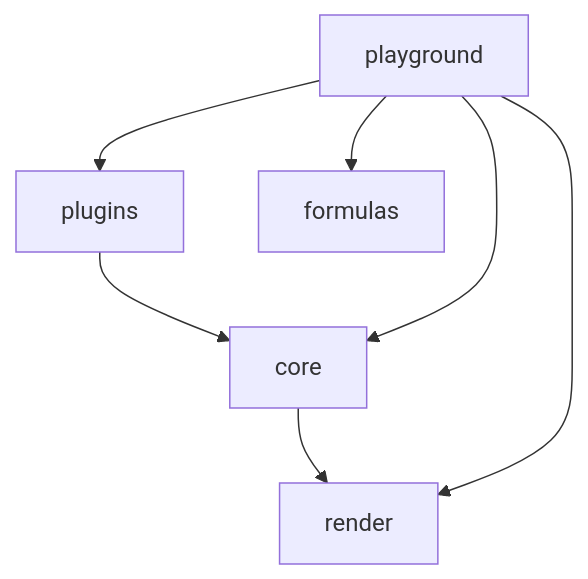
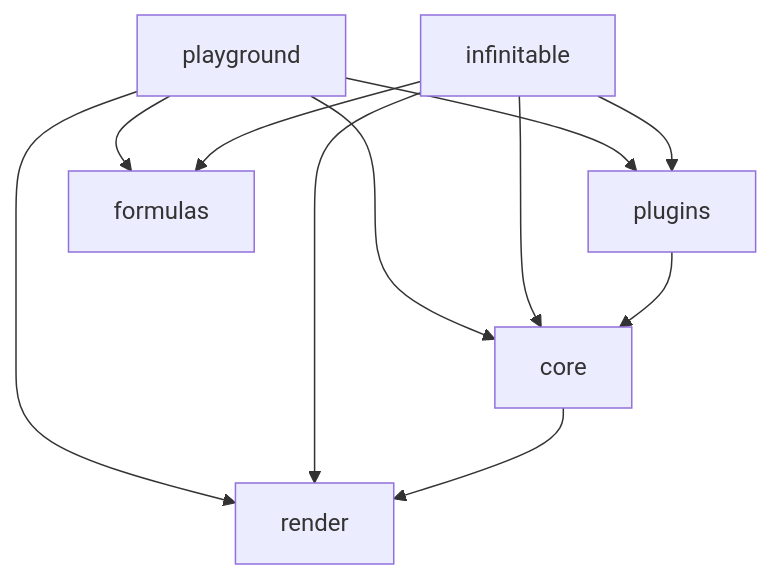
Before and after one commit to cabinet-fe/infinite-table: the diagram in .agents/docs/CODE-MAP.md, drawn with Mermaid. The commit also changed other lines of this file and 18 other files, not shown here.

````diff
--- a/.agents/docs/CODE-MAP.md
+++ b/.agents/docs/CODE-MAP.md
@@ -64,9 +66,13 @@
 ```mermaid
 graph TD
     core --> render
     plugins --> core
+    infinitable --> render
+    infinitable --> core
+    infinitable --> formulas
+    infinitable --> plugins
     playground --> core
     playground --> render
     playground --> plugins
     playground --> formulas
 ```
````
